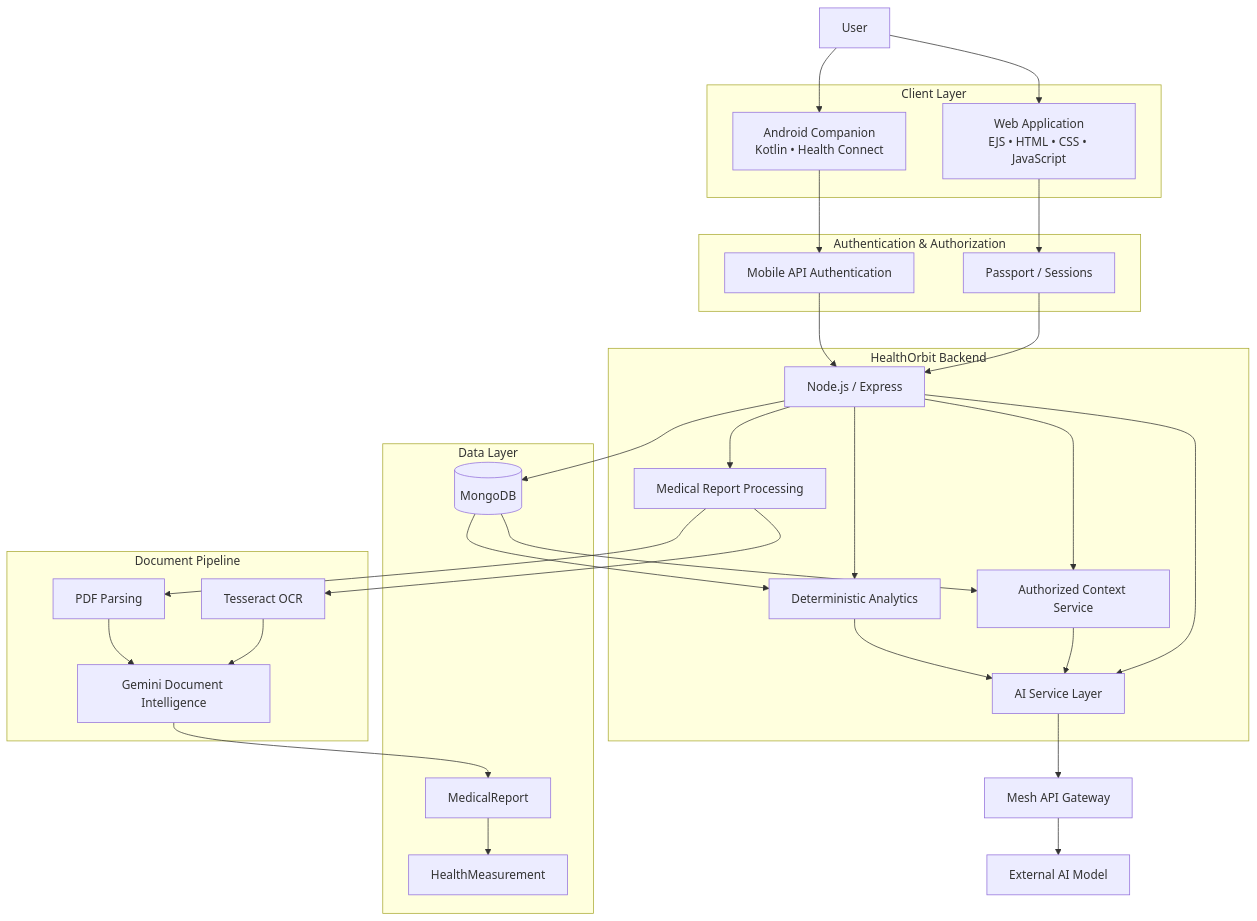
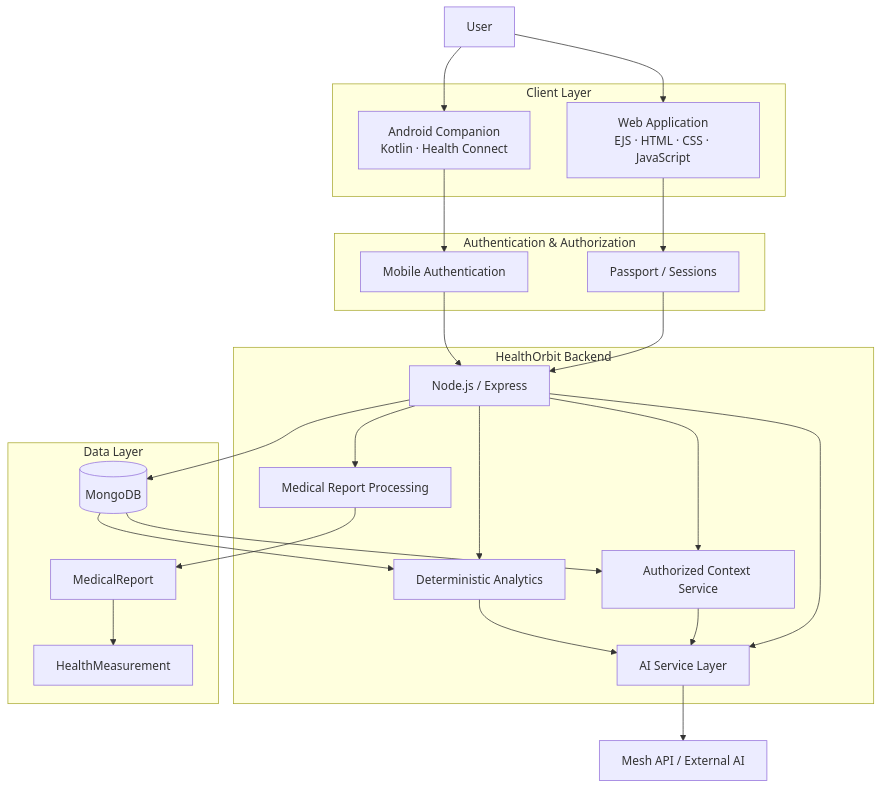
One commit to Its-AtharvDeshmukh/HealthOrbit changed the fourth of 4 diagrams in README.md. Above: the diagram before and after it, drawn with Mermaid. The commit also changed other lines of this file, not shown here.

````diff
--- a/README.md
+++ b/README.md
@@ -376,67 +223,52 @@
 ```mermaid
 flowchart TD
-
     USER[User]
 
-    subgraph CLIENTS["Client Layer"]
-        WEB[Web Application<br/>EJS • HTML • CSS • JavaScript]
-        MOBILE[Android Companion<br/>Kotlin • Health Connect]
+    subgraph CLIENT["Client Layer"]
+        WEB[Web Application<br/>EJS · HTML · CSS · JavaScript]
+        MOBILE[Android Companion<br/>Kotlin · Health Connect]
     end
 
     USER --> WEB
     USER --> MOBILE
 
-    subgraph AUTH["Authentication & Authorization"]
-        PASSPORT[Passport / Sessions]
-        JWT[Mobile API Authentication]
+    subgraph SECURITY["Authentication & Authorization"]
+        SESSION[Passport / Sessions]
+        MOBILEAUTH[Mobile Authentication]
     end
 
-    WEB --> PASSPORT
-    MOBILE --> JWT
+    WEB --> SESSION
+    MOBILE --> MOBILEAUTH
 
     subgraph BACKEND["HealthOrbit Backend"]
         NODE[Node.js / Express]
         REPORTS[Medical Report Processing]
         CONTEXT[Authorized Context Service]
         ANALYTICS[Deterministic Analytics]
         AI[AI Service Layer]
     end
 
-    PASSPORT --> NODE
-    JWT --> NODE
+    SESSION --> NODE
+    MOBILEAUTH --> NODE
 
     NODE --> REPORTS
     NODE --> CONTEXT
     NODE --> ANALYTICS
     NODE --> AI
 
-    subgraph DOCUMENT["Document Pipeline"]
-        OCR[Tesseract OCR]
-        PDF[PDF Parsing]
-        DOC_AI[Gemini Document Intelligence]
+    subgraph DATA["Data Layer"]
+        DB[(MongoDB)]
+        MR[MedicalReport]
+        HM[HealthMeasurement]
     end
 
-    REPORTS --> OCR
-    REPORTS --> PDF
-    OCR --> DOC_AI
-    PDF --> DOC_AI
-
-    subgraph DATABASE["Data Layer"]
-        MONGO[(MongoDB)]
-        MEASUREMENTS[HealthMeasurement]
-        MEDICALREPORT[MedicalReport]
-    end
-
-    DOC_AI --> MEDICALREPORT
-    MEDICALREPORT --> MEASUREMENTS
-
-    NODE --> MONGO
-    MONGO --> CONTEXT
-    MONGO --> ANALYTICS
+    REPORTS --> MR
+    MR --> HM
+    NODE --> DB
+    DB --> CONTEXT
+    DB --> ANALYTICS
 
     CONTEXT --> AI
     ANALYTICS --> AI
-
-    AI --> MESH[Mesh API Gateway]
-    MESH --> MODEL[External AI Model]
+    AI --> EXT[Mesh API / External AI]
 ```
````
